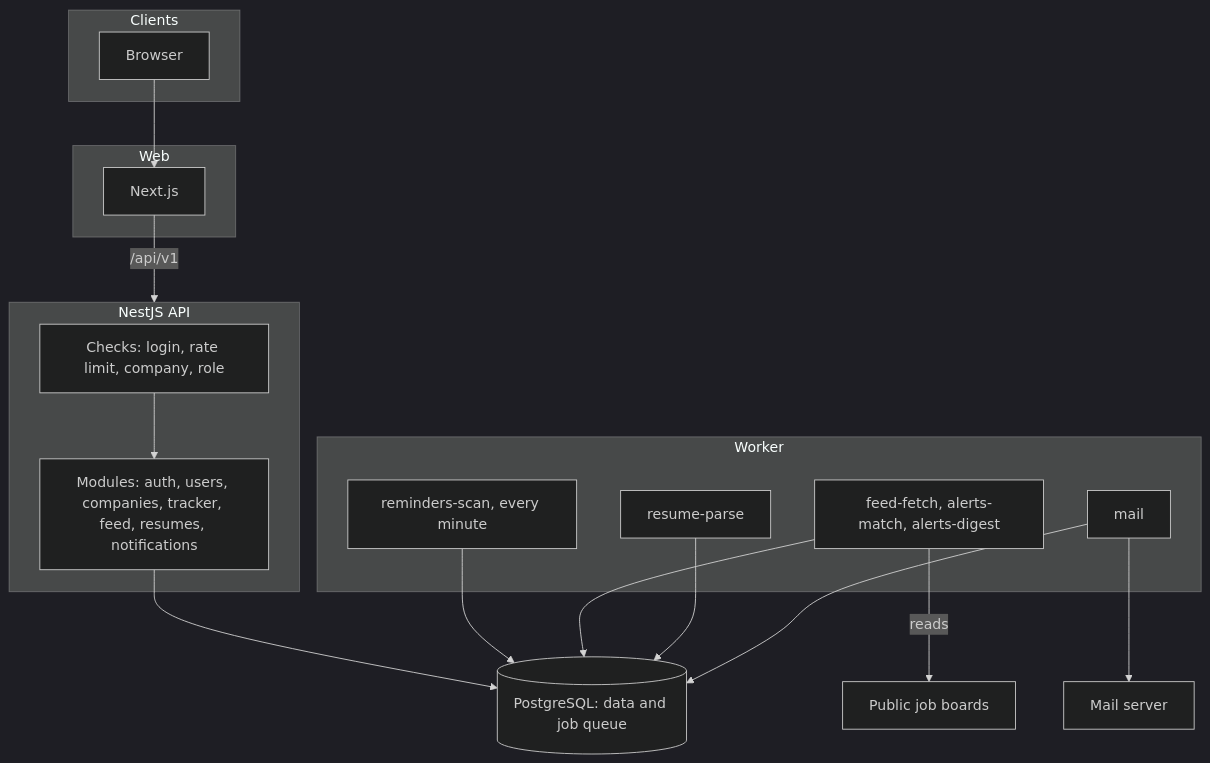
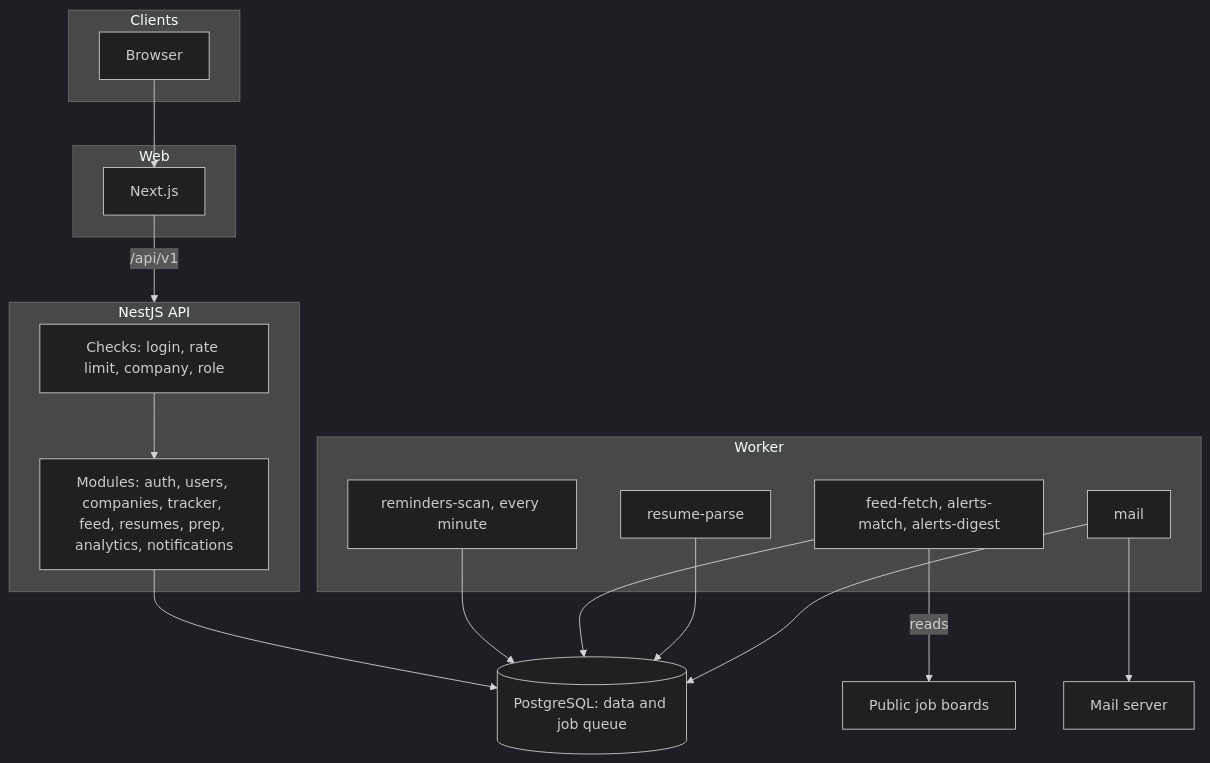
The diagram in docs/architecture.md (ManasSaxena14/HireFlow), drawn with Mermaid (dark theme) before and after one commit. The commit also changed other lines of this file and 3 other files, not shown here.

````diff
--- a/docs/architecture.md
+++ b/docs/architecture.md
@@ -5,32 +5,32 @@
 ```mermaid
 flowchart TB
   subgraph Clients
     B[Browser]
   end
   subgraph Web
     N[Next.js]
   end
   subgraph API[NestJS API]
     G[Checks: login, rate limit, company, role]
-    M[Modules: auth, users, companies, tracker, feed, resumes, notifications]
+    M[Modules: auth, users, companies, tracker, feed, resumes, prep, analytics, notifications]
     G --> M
   end
   subgraph Worker
     S[reminders-scan, every minute]
     F[feed-fetch, alerts-match, alerts-digest]
     P[resume-parse]
     E[mail]
   end
   DB[(PostgreSQL: data and job queue)]
   SMTP[Mail server]
 
   B --> N
   N -- /api/v1 --> API
   M --> DB
   S --> DB
   F --> DB
   P --> DB
   F -- reads --> JB[Public job boards]
   E --> DB
   E --> SMTP
 ```
````
